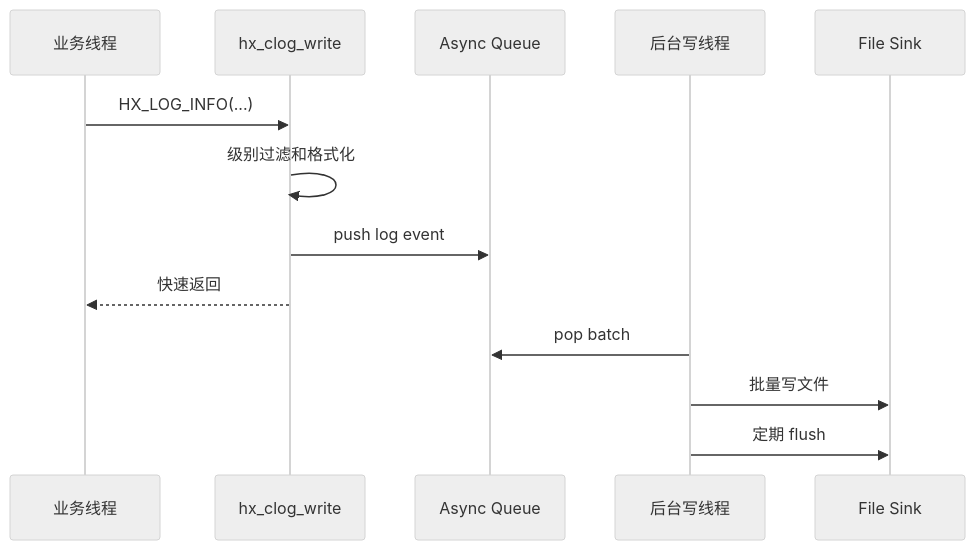
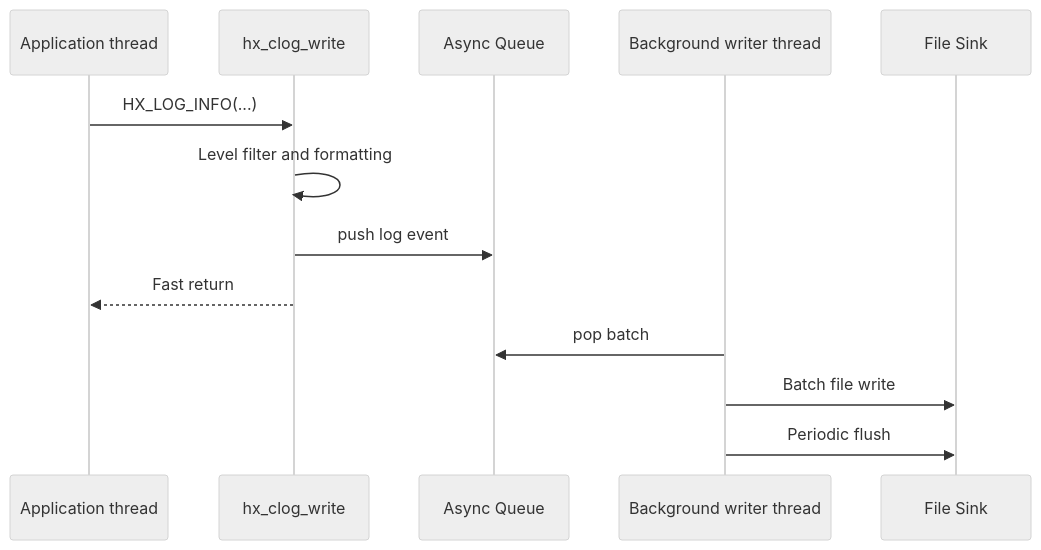
One commit to HuangX666/hx_clog changed the fourth of 12 diagrams in README.md. Above: the diagram before and after it, drawn with Mermaid (neutral theme). The commit also changed other lines of this file and 9 other files, not shown here.

````diff
--- a/README.md
+++ b/README.md
@@ -562,16 +565,16 @@
 ```mermaid
 sequenceDiagram
-    participant App as 业务线程
+    participant App as Application thread
     participant API as hx_clog_write
     participant Q as Async Queue
-    participant Worker as 后台写线程
+    participant Worker as Background writer thread
     participant Sink as File Sink
 
     App->>API: HX_LOG_INFO(...)
-    API->>API: 级别过滤和格式化
+    API->>API: Level filter and formatting
     API->>Q: push log event
-    API-->>App: 快速返回
+    API-->>App: Fast return
     Worker->>Q: pop batch
-    Worker->>Sink: 批量写文件
-    Worker->>Sink: 定期 flush
+    Worker->>Sink: Batch file write
+    Worker->>Sink: Periodic flush
 ```
````
